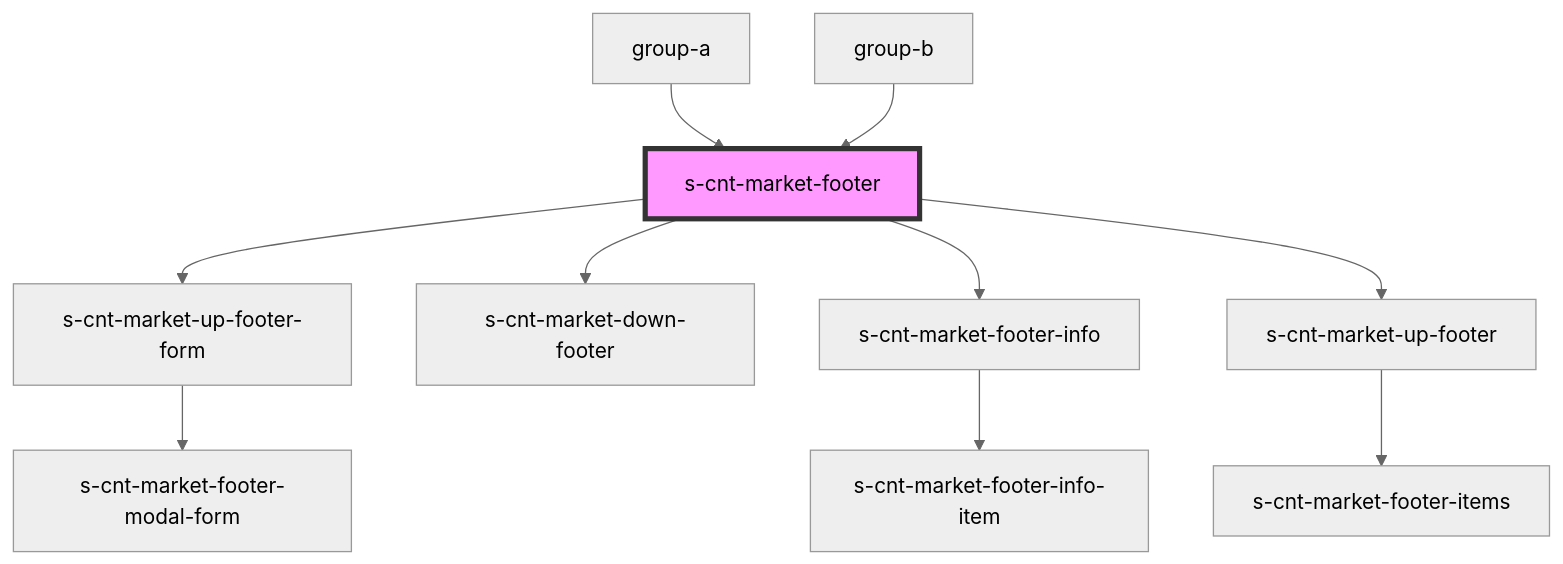
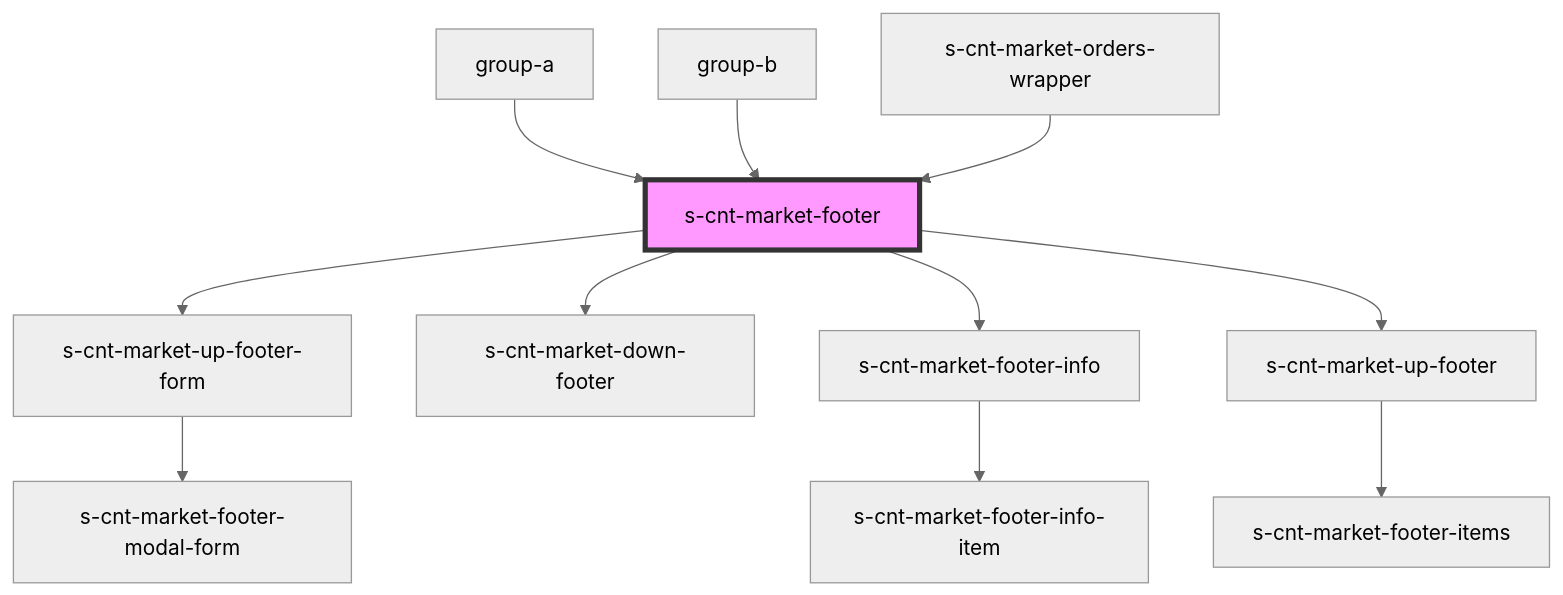
One commit to saqhan/stencil-market changed the diagram in src/components/group-a/res/view/s-cnt-market-footer/readme.md. Above: the diagram before and after it, drawn with Mermaid (neutral theme). The commit also changed other lines of this file and 16 other files, not shown here.

````diff
--- a/src/components/group-a/res/view/s-cnt-market-footer/readme.md
+++ b/src/components/group-a/res/view/s-cnt-market-footer/readme.md
@@ -30,13 +31,14 @@
 ```mermaid
 graph TD;
   s-cnt-market-footer --> s-cnt-market-up-footer-form
   s-cnt-market-footer --> s-cnt-market-down-footer
   s-cnt-market-footer --> s-cnt-market-footer-info
   s-cnt-market-footer --> s-cnt-market-up-footer
   s-cnt-market-up-footer-form --> s-cnt-market-footer-modal-form
   s-cnt-market-footer-info --> s-cnt-market-footer-info-item
   s-cnt-market-up-footer --> s-cnt-market-footer-items
   group-a --> s-cnt-market-footer
   group-b --> s-cnt-market-footer
+  s-cnt-market-orders-wrapper --> s-cnt-market-footer
   style s-cnt-market-footer fill:#f9f,stroke:#333,stroke-width:4px
 ```
````
